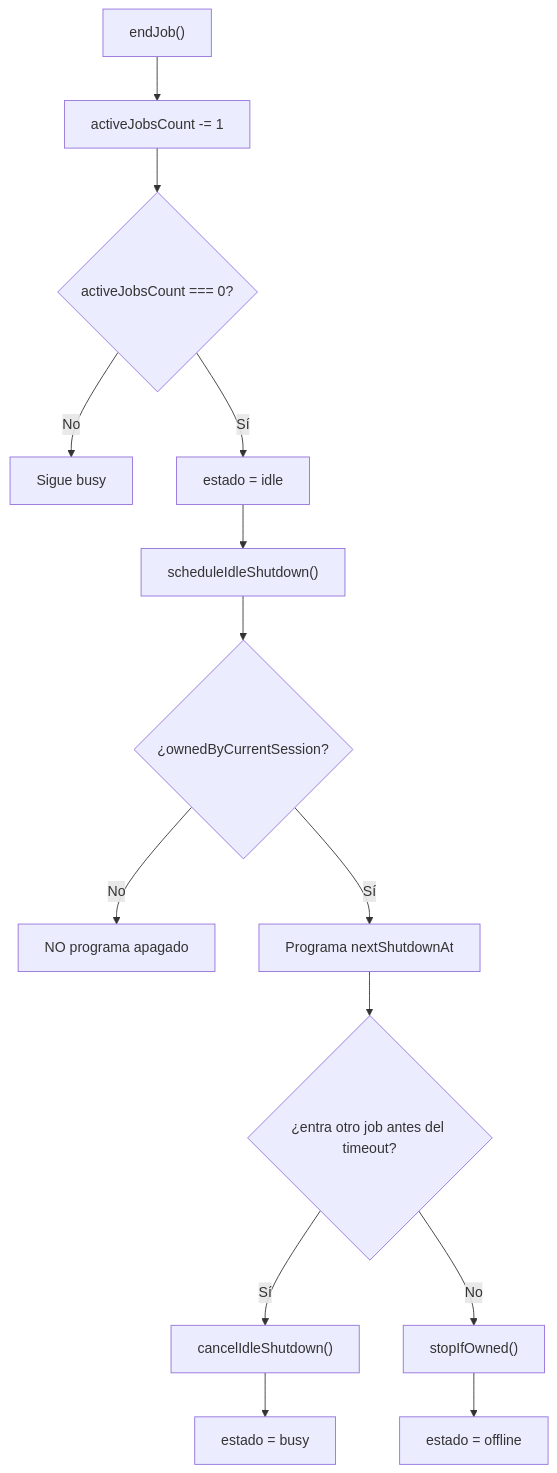
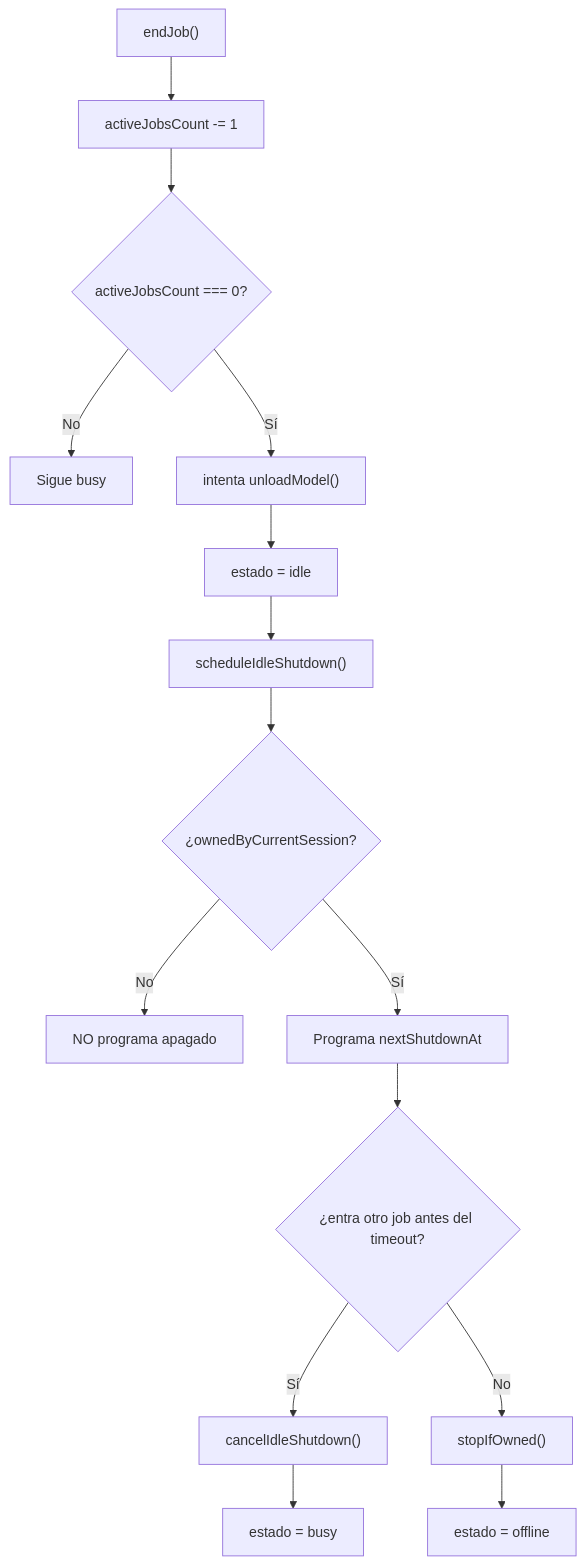
Before and after one commit to Luis-Leonidas-Fernandez/video-summary: the sixth of 8 diagrams in docs/ai-runtime-lifecycle.md, drawn with Mermaid. The commit also changed other lines of this file, not shown here.

Commit message:
docs: update runtime lifecycle flow

````diff
--- a/docs/ai-runtime-lifecycle.md
+++ b/docs/ai-runtime-lifecycle.md
@@ -83,16 +120,17 @@
 ```mermaid
 flowchart TD
     A["endJob()"] --> B["activeJobsCount -= 1"]
     B --> C{"activeJobsCount === 0?"}
     C -- "No" --> D["Sigue busy"]
-    C -- "Sí" --> E["estado = idle"]
-    E --> F["scheduleIdleShutdown()"]
-    F --> G{"¿ownedByCurrentSession?"}
-    G -- "No" --> H["NO programa apagado"]
-    G -- "Sí" --> I["Programa nextShutdownAt"]
-    I --> J{"¿entra otro job antes del timeout?"}
-    J -- "Sí" --> K["cancelIdleShutdown()"]
-    K --> L["estado = busy"]
-    J -- "No" --> M["stopIfOwned()"]
-    M --> N["estado = offline"]
+    C -- "Sí" --> E["intenta unloadModel()"]
+    E --> F["estado = idle"]
+    F --> G["scheduleIdleShutdown()"]
+    G --> H{"¿ownedByCurrentSession?"}
+    H -- "No" --> I["NO programa apagado"]
+    H -- "Sí" --> J["Programa nextShutdownAt"]
+    J --> K{"¿entra otro job antes del timeout?"}
+    K -- "Sí" --> L["cancelIdleShutdown()"]
+    L --> M["estado = busy"]
+    K -- "No" --> N["stopIfOwned()"]
+    N --> O["estado = offline"]
 ```
````
